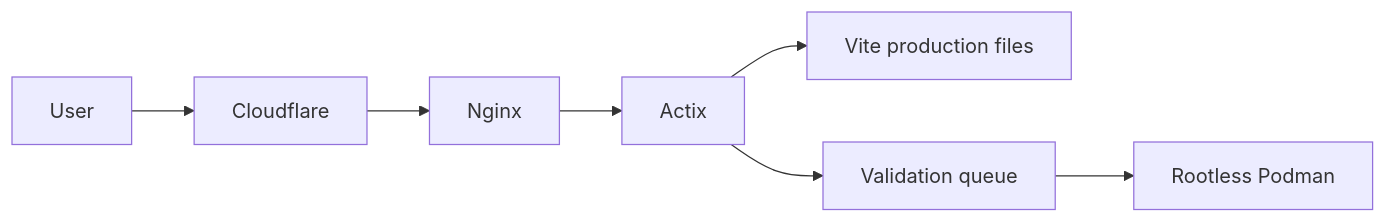
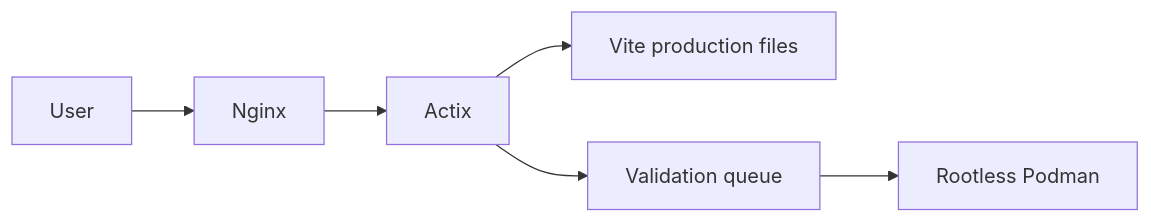
Before and after one commit to matrizaev/rust-daily: the second of 2 diagrams in ARCHITECTURE.md, drawn with Mermaid. The commit also changed other lines of this file and 10 other files, not shown here.

````diff
--- a/ARCHITECTURE.md
+++ b/ARCHITECTURE.md
@@ -321,9 +321,8 @@
 ```mermaid
 flowchart LR
-    User --> Cloudflare
-    Cloudflare --> Nginx
+    User --> Nginx
     Nginx --> Actix
     Actix --> Static[Vite production files]
     Actix --> Queue[Validation queue]
     Queue --> Podman[Rootless Podman]
 ```
````
